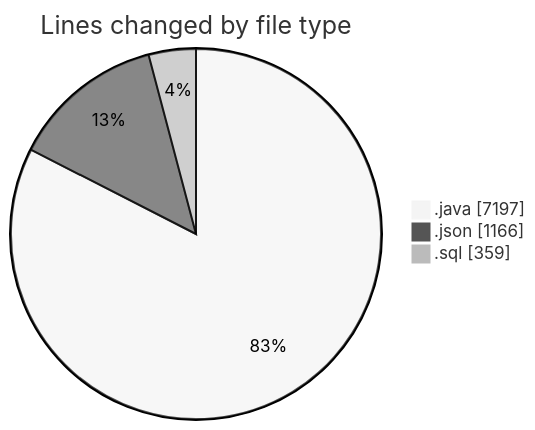
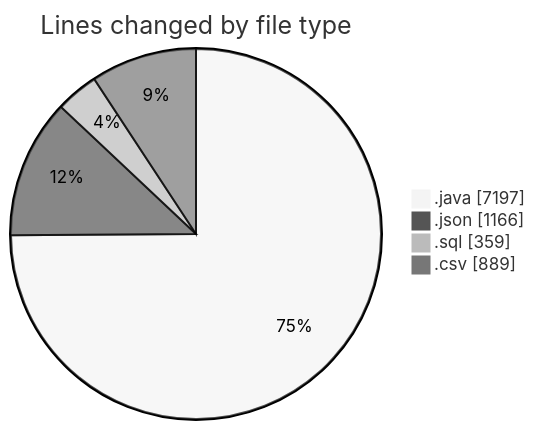
The first of 2 diagrams in 2026-06-10/cilapp/README.md (ricardozamudiocil/code-tracking), drawn with Mermaid (neutral theme) before and after one commit. The commit also changed other lines of this file and 1 other file, not shown here.

````diff
--- a/2026-06-10/cilapp/README.md
+++ b/2026-06-10/cilapp/README.md
@@ -25,7 +26,8 @@
 ```mermaid
 pie showData
 title Lines changed by file type
 ".java" : 7197
 ".json" : 1166
 ".sql" : 359
+".csv" : 889
 ```
````
